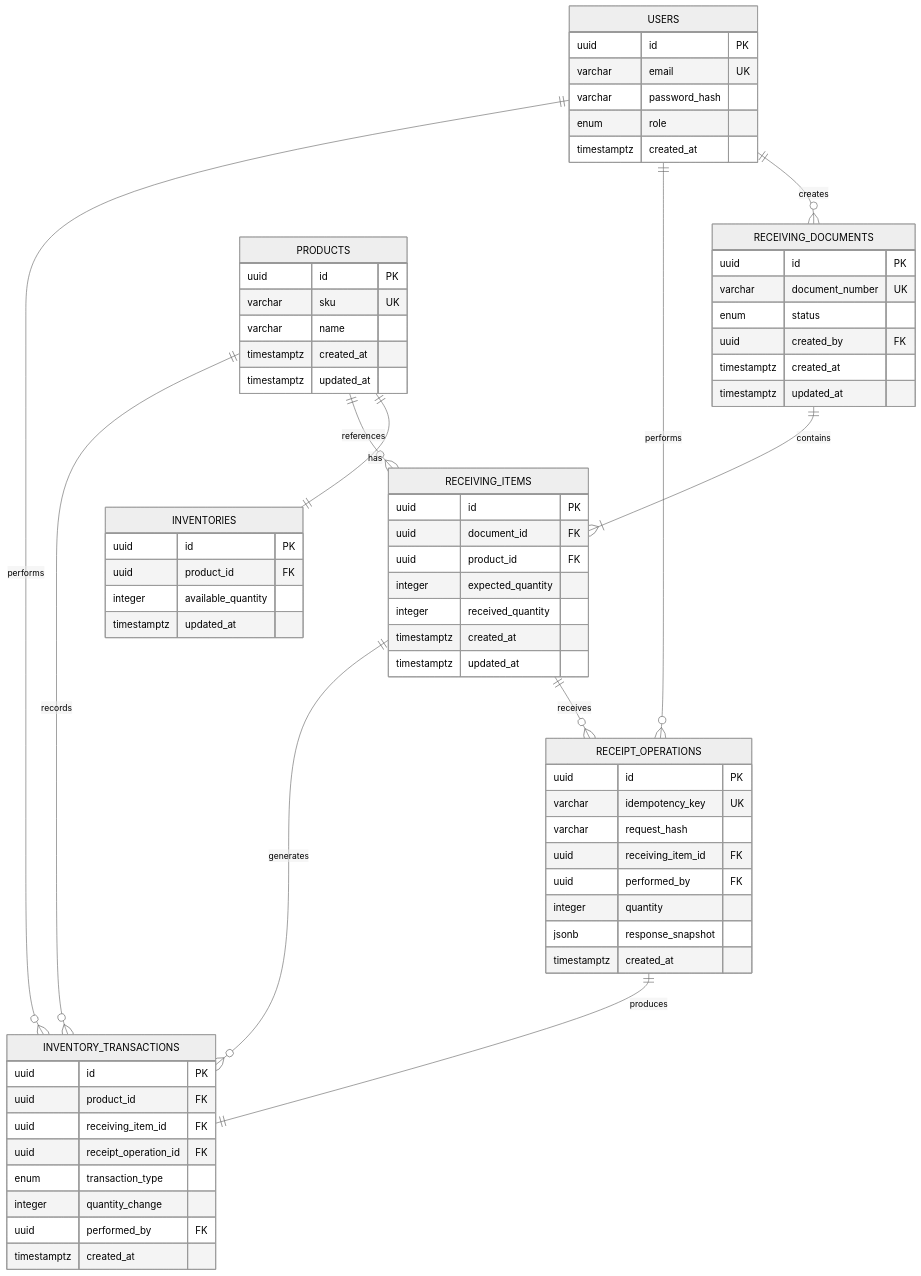
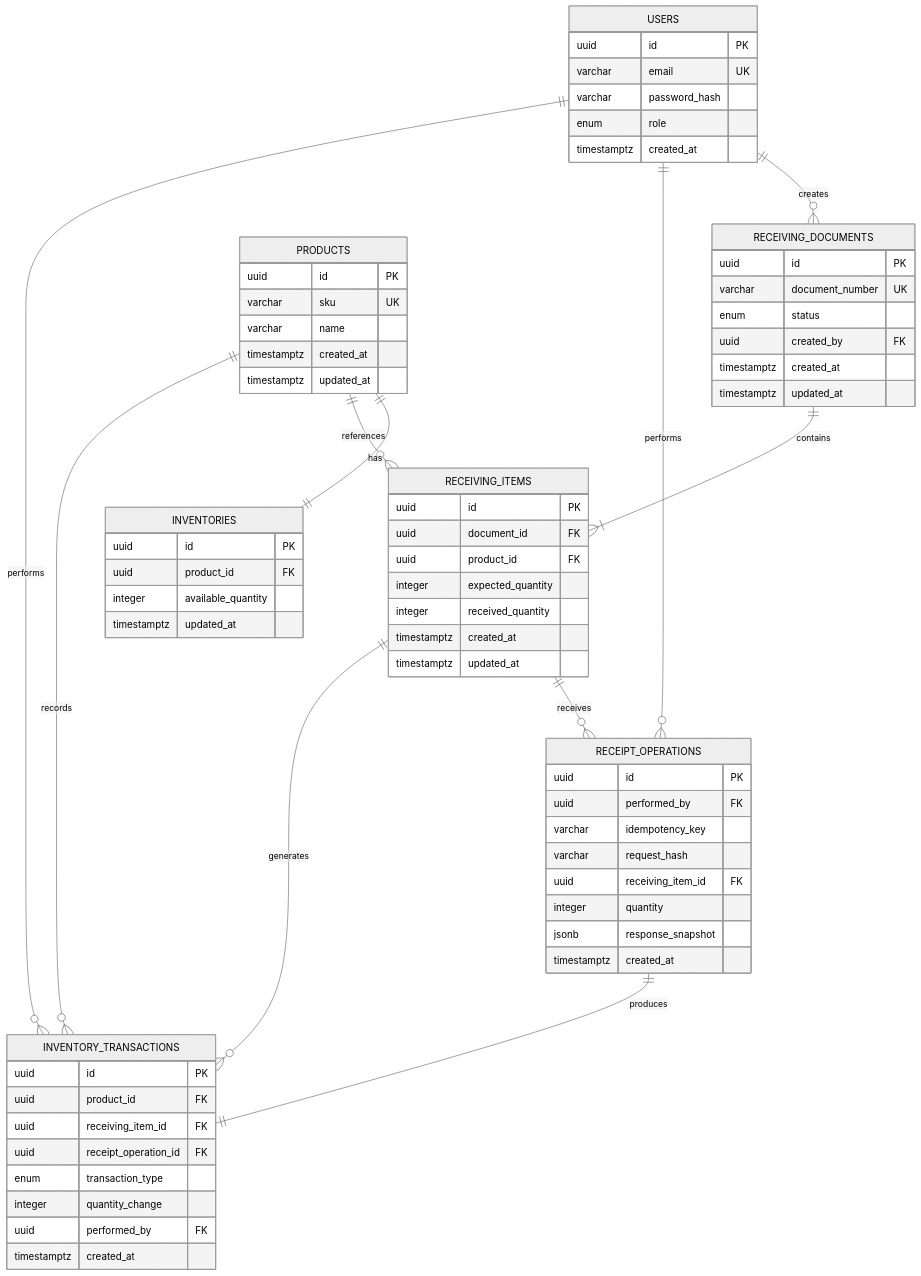
Before and after one commit to gevanno654/Warehouse: the diagram in docs/erd.mmd, drawn with Mermaid (neutral theme). The commit also changed other lines of this file and 9 other files, not shown here.

````diff
--- a/docs/erd.mmd
+++ b/docs/erd.mmd
@@ -1,79 +1,77 @@
-```mermaid
 erDiagram
     USERS ||--o{ RECEIVING_DOCUMENTS : creates
     USERS ||--o{ RECEIPT_OPERATIONS : performs
     USERS ||--o{ INVENTORY_TRANSACTIONS : performs
 
     PRODUCTS ||--|| INVENTORIES : has
     RECEIVING_DOCUMENTS ||--|{ RECEIVING_ITEMS : contains
     PRODUCTS ||--o{ RECEIVING_ITEMS : references
 
     RECEIVING_ITEMS ||--o{ RECEIPT_OPERATIONS : receives
     PRODUCTS ||--o{ INVENTORY_TRANSACTIONS : records
     RECEIVING_ITEMS ||--o{ INVENTORY_TRANSACTIONS : generates
     RECEIPT_OPERATIONS ||--|| INVENTORY_TRANSACTIONS : produces
 
     USERS {
         uuid id PK
         varchar email UK
         varchar password_hash
         enum role
         timestamptz created_at
     }
 
     PRODUCTS {
         uuid id PK
         varchar sku UK
         varchar name
         timestamptz created_at
         timestamptz updated_at
     }
 
     RECEIVING_DOCUMENTS {
         uuid id PK
         varchar document_number UK
         enum status
         uuid created_by FK
         timestamptz created_at
         timestamptz updated_at
     }
 
     RECEIVING_ITEMS {
         uuid id PK
         uuid document_id FK
         uuid product_id FK
         integer expected_quantity
         integer received_quantity
         timestamptz created_at
         timestamptz updated_at
     }
 
     INVENTORIES {
         uuid id PK
         uuid product_id FK
         integer available_quantity
         timestamptz updated_at
     }
 
     RECEIPT_OPERATIONS {
         uuid id PK
-        varchar idempotency_key UK
+        uuid performed_by FK
+        varchar idempotency_key
         varchar request_hash
         uuid receiving_item_id FK
-        uuid performed_by FK
         integer quantity
         jsonb response_snapshot
         timestamptz created_at
     }
 
     INVENTORY_TRANSACTIONS {
         uuid id PK
         uuid product_id FK
         uuid receiving_item_id FK
         uuid receipt_operation_id FK
         enum transaction_type
         integer quantity_change
         uuid performed_by FK
         timestamptz created_at
     }
-```
````
